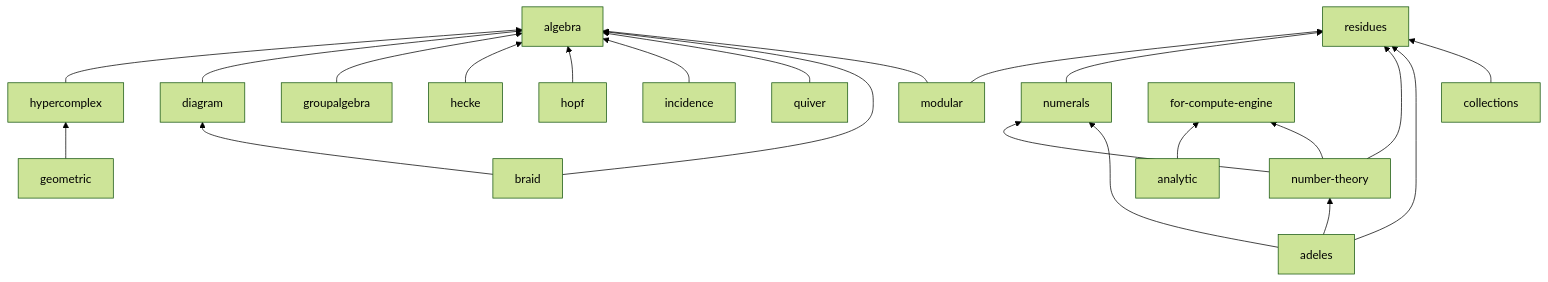
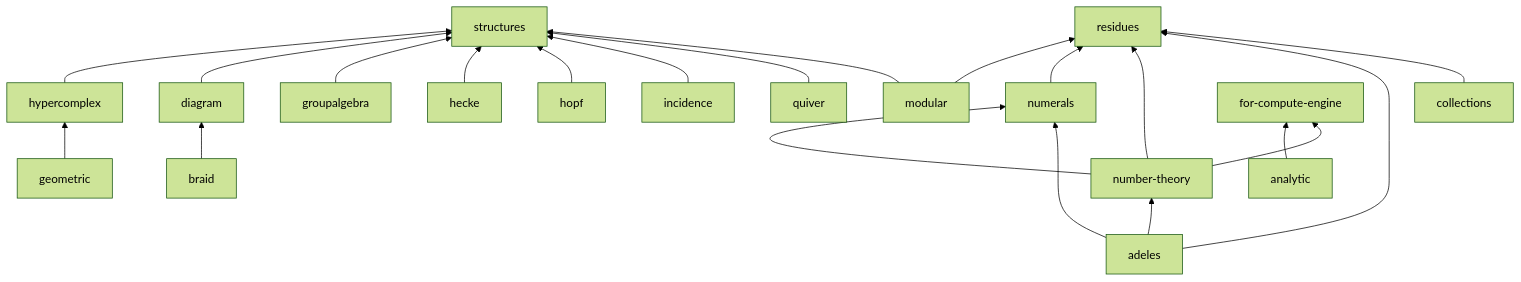
The first of 2 diagrams in design/packages.md (enumeratio/enumeratio), drawn with Mermaid (forest theme) before and after one commit. The commit also changed other lines of this file and 83 other files, not shown here.

Commit message:
wip: structures subsumes algebra; FloorRing after Mathlib, FloorOrder as extension

````diff
--- a/design/packages.md
+++ b/design/packages.md
@@ -34,12 +34,12 @@
 ```mermaid
 flowchart BT
-  hypercomplex & diagram & groupalgebra & hecke & hopf & incidence & quiver --> algebra
+  hypercomplex & diagram & groupalgebra & hecke & hopf & incidence & quiver --> structures
   geometric --> hypercomplex
-  braid --> algebra & diagram
-  modular --> algebra & residues
+  braid --> diagram
+  modular --> structures & residues
   numerals --> residues
   number-theory --> numerals & residues
   adeles --> number-theory & numerals & residues
   collections --> residues
   analytic & number-theory --> fce[for-compute-engine]
 ```
````
